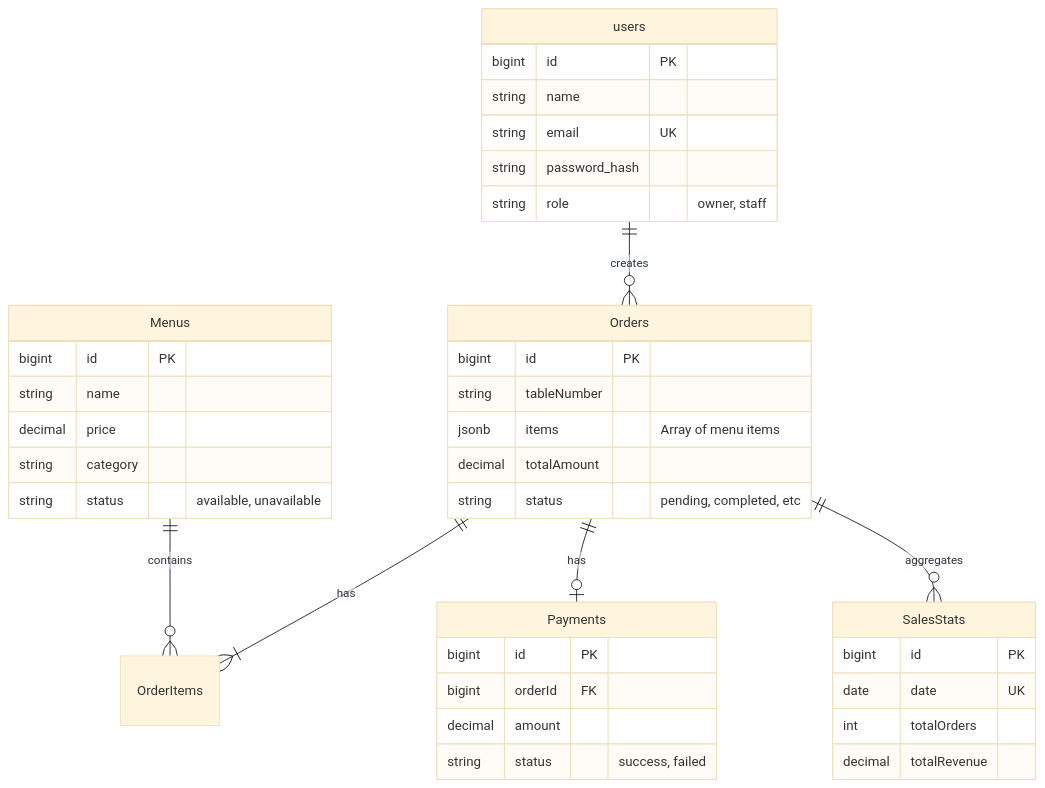
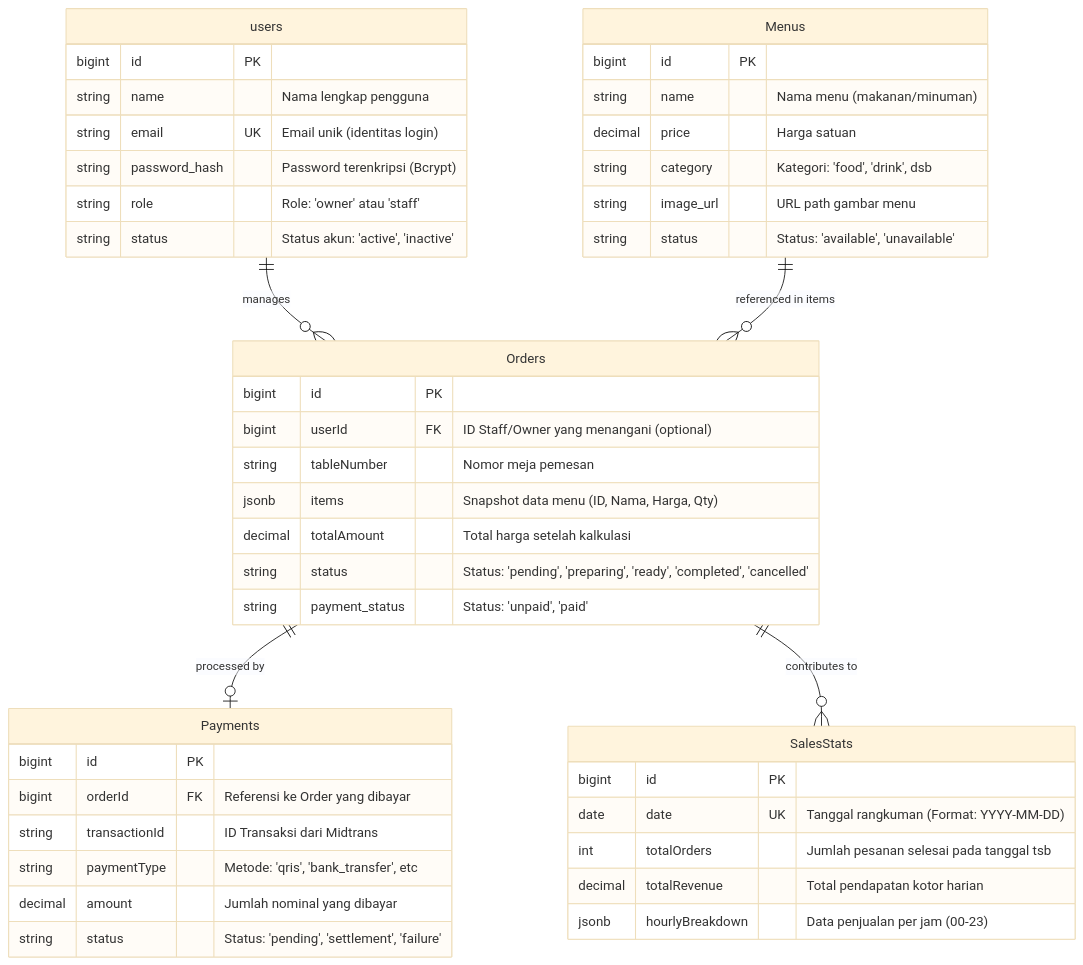
One commit to owel17/backend_restaurant changed the third of 13 diagrams in README.md. Above: the diagram before and after it, drawn with Mermaid (base theme). The commit also changed other lines of this file, not shown here.

Commit message:
Docs: Detailed ERD documentation with table descriptions and relationship logic

````diff
--- a/README.md
+++ b/README.md
@@ -119,46 +119,52 @@
 ```mermaid
 erDiagram
-    users ||--o{ Orders : "creates"
-    Menus ||--o{ OrderItems : "contains"
-    Orders ||--|{ OrderItems : "has"
-    Orders ||--o| Payments : "has"
-    Orders ||--o{ SalesStats : "aggregates"
+    users ||--o{ Orders : "manages"
+    Menus ||--o{ Orders : "referenced in items"
+    Orders ||--o| Payments : "processed by"
+    Orders ||--o{ SalesStats : "contributes to"
 
     users {
         bigint id PK
-        string name
-        string email UK
-        string password_hash
-        string role "owner, staff"
+        string name "Nama lengkap pengguna"
+        string email UK "Email unik (identitas login)"
+        string password_hash "Password terenkripsi (Bcrypt)"
+        string role "Role: 'owner' atau 'staff'"
+        string status "Status akun: 'active', 'inactive'"
     }
 
     Menus {
         bigint id PK
-        string name
-        decimal price
-        string category
-        string status "available, unavailable"
+        string name "Nama menu (makanan/minuman)"
+        decimal price "Harga satuan"
+        string category "Kategori: 'food', 'drink', dsb"
+        string image_url "URL path gambar menu"
+        string status "Status: 'available', 'unavailable'"
     }
 
     Orders {
         bigint id PK
-        string tableNumber
-        jsonb items "Array of menu items"
-        decimal totalAmount
-        string status "pending, completed, etc"
+        bigint userId FK "ID Staff/Owner yang menangani (optional)"
+        string tableNumber "Nomor meja pemesan"
+        jsonb items "Snapshot data menu (ID, Nama, Harga, Qty)"
+        decimal totalAmount "Total harga setelah kalkulasi"
+        string status "Status: 'pending', 'preparing', 'ready', 'completed', 'cancelled'"
+        string payment_status "Status: 'unpaid', 'paid'"
     }
 
     Payments {
         bigint id PK
-        bigint orderId FK
-        decimal amount
-        string status "success, failed"
+        bigint orderId FK "Referensi ke Order yang dibayar"
+        string transactionId "ID Transaksi dari Midtrans"
+        string paymentType "Metode: 'qris', 'bank_transfer', etc"
+        decimal amount "Jumlah nominal yang dibayar"
+        string status "Status: 'pending', 'settlement', 'failure'"
     }
 
     SalesStats {
         bigint id PK
-        date date UK
-        int totalOrders
-        decimal totalRevenue
+        date date UK "Tanggal rangkuman (Format: YYYY-MM-DD)"
+        int totalOrders "Jumlah pesanan selesai pada tanggal tsb"
+        decimal totalRevenue "Total pendapatan kotor harian"
+        jsonb hourlyBreakdown "Data penjualan per jam (00-23)"
     }
 ```
````
